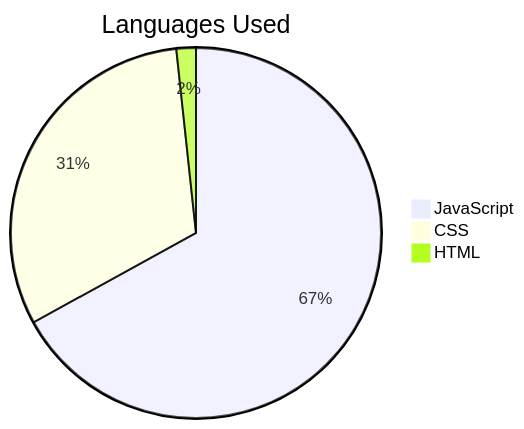
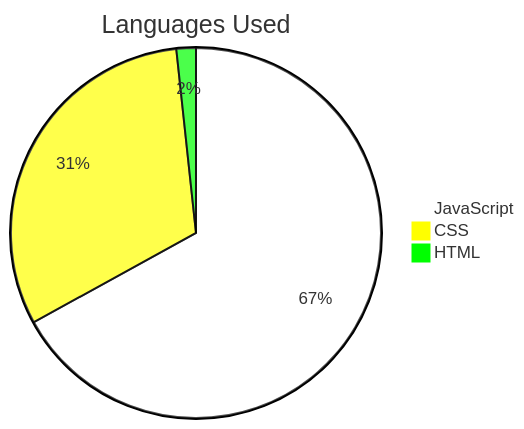
One commit to Bahare09/team-game-rock-paper-scissors changed the diagram in README.md. Above: the diagram before and after it, drawn with Mermaid.

````diff
--- a/README.md
+++ b/README.md
@@ -56,7 +56,9 @@
 ```mermaid
+%%{init: {'theme': 'base', 'themeVariables': { 'pie1': '#FFFFFF', 'pie2': '#FFFF00', 'pie3': '#00FF00'}}}%%
+
 pie
     title Languages Used
     "JavaScript" : 67
     "CSS" : 31.3
     "HTML" : 1.7
 ```
````
